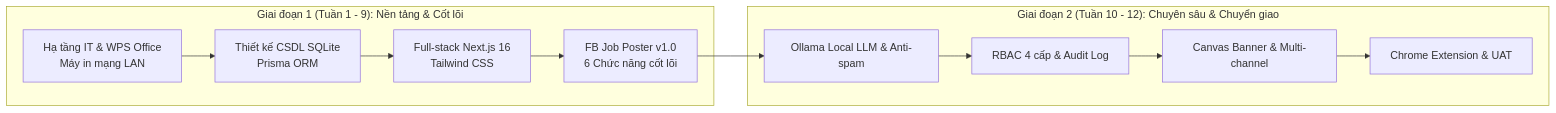
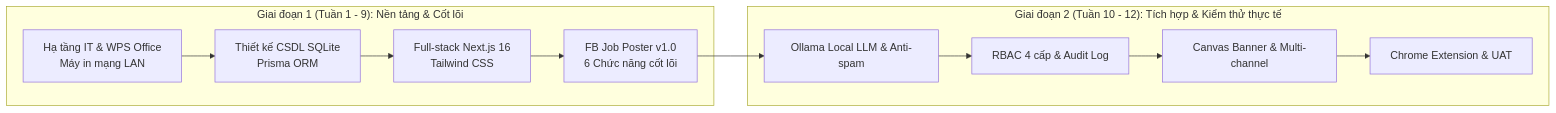
The first of 9 diagrams in docs/Báo cáo tiến độ thực tập lần 2 - Ngô Công Thành.md (thanh063456/luaga), drawn with Mermaid before and after one commit. The commit also changed other lines of this file and 1 other file, not shown here.

````diff
--- a/docs/Báo cáo tiến độ thực tập lần 2 - Ngô Công Thành.md
+++ b/docs/Báo cáo tiến độ thực tập lần 2 - Ngô Công Thành.md
@@ -53,14 +53,14 @@
 ```mermaid
 graph LR
     subgraph "Giai đoạn 1 (Tuần 1 - 9): Nền tảng & Cốt lõi"
         IT["Hạ tầng IT & WPS Office<br/>Máy in mạng LAN"] --> DB["Thiết kế CSDL SQLite<br/>Prisma ORM"]
         DB --> FE["Full-stack Next.js 16<br/>Tailwind CSS"]
         FE --> V1["FB Job Poster v1.0<br/>6 Chức năng cốt lõi"]
     end
-    subgraph "Giai đoạn 2 (Tuần 10 - 12): Chuyên sâu & Chuyển giao"
+    subgraph "Giai đoạn 2 (Tuần 10 - 12): Tích hợp & Kiểm thử thực tế"
         V1 --> LLM["Ollama Local LLM & Anti-spam"]
         LLM --> SEC["RBAC 4 cấp & Audit Log"]
         SEC --> MULTI["Canvas Banner & Multi-channel"]
         MULTI --> EXT["Chrome Extension & UAT"]
     end
 ```
````
